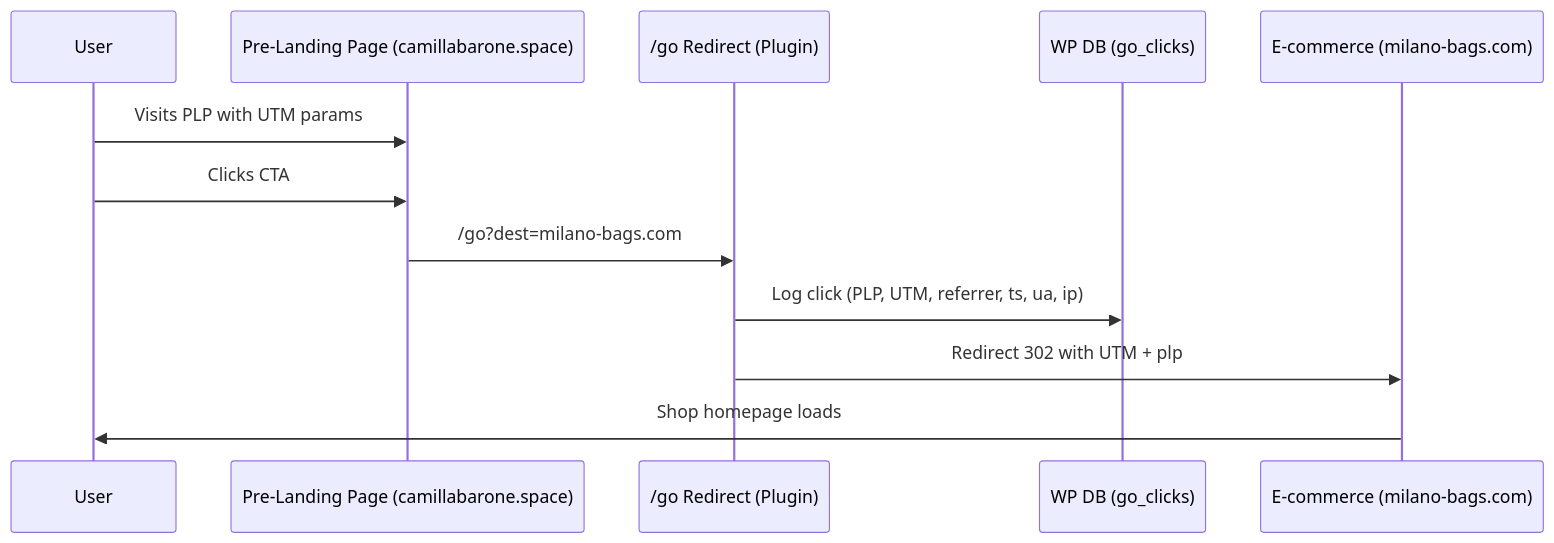
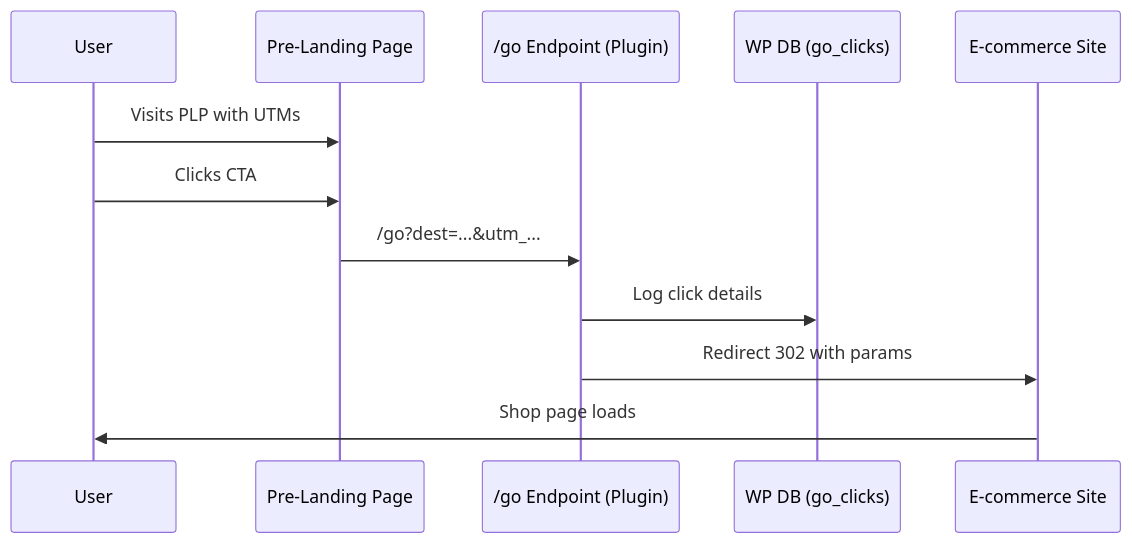
The first of 2 diagrams in docs/architecture.md (Nohow2117/GoWPTracker), drawn with Mermaid before and after one commit. The commit also changed other lines of this file and 6 other files, not shown here.

````diff
--- a/docs/architecture.md
+++ b/docs/architecture.md
@@ -93,16 +88,15 @@
 ```mermaid
 sequenceDiagram
     participant User
-    participant PLP as Pre-Landing Page (camillabarone.space)
-    participant Go as /go Redirect (Plugin)
+    participant PLP as Pre-Landing Page
+    participant Go as /go Endpoint (Plugin)
     participant DB as WP DB (go_clicks)
-    participant Shop as E-commerce (milano-bags.com)
+    participant Shop as E-commerce Site
 
-    User->>PLP: Visits PLP with UTM params
+    User->>PLP: Visits PLP with UTMs
     User->>PLP: Clicks CTA
-    PLP->>Go: /go?dest=milano-bags.com
-    Go->>DB: Log click (PLP, UTM, referrer, ts, ua, ip)
-    Go->>Shop: Redirect 302 with UTM + plp
-    Shop->>User: Shop homepage loads
-
+    PLP->>Go: /go?dest=...&utm_...
+    Go->>DB: Log click details
+    Go->>Shop: Redirect 302 with params
+    Shop->>User: Shop page loads
 ```
````
